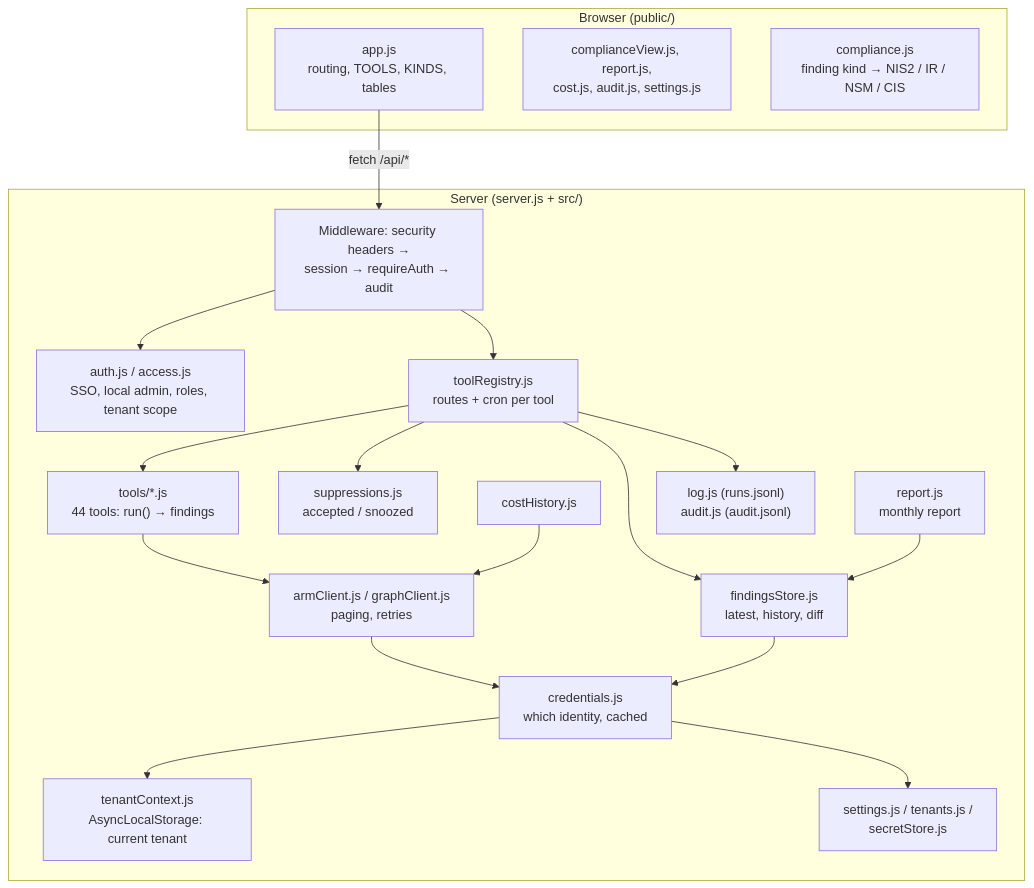
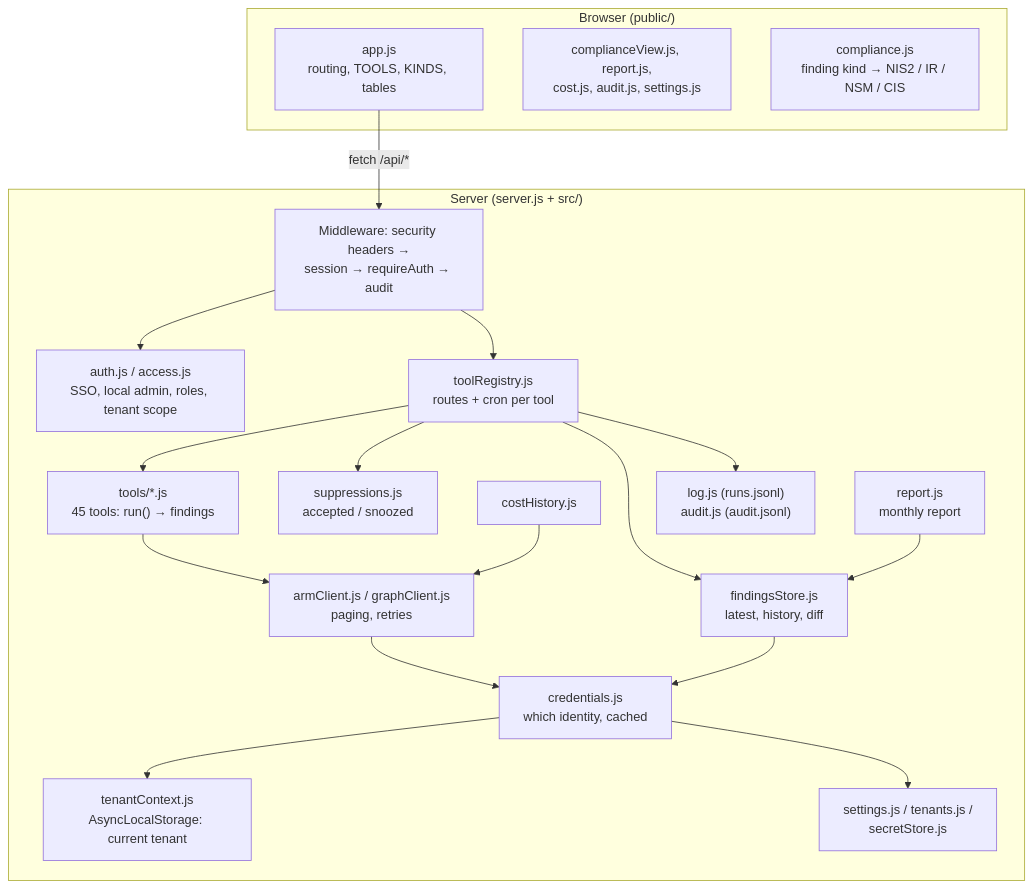
The diagram in docs/diagrams/arch-inside-app.mmd (Gooseankles/cirrus-watch), drawn with Mermaid before and after one commit. The commit also changed 31 other files, not shown here.

```diff
--- a/docs/diagrams/arch-inside-app.mmd
+++ b/docs/diagrams/arch-inside-app.mmd
@@ -1,35 +1,35 @@
 flowchart TB
   subgraph browser["Browser (public/)"]
     appjs["app.js<br/>routing, TOOLS, KINDS, tables"]
     views["complianceView.js, report.js,<br/>cost.js, audit.js, settings.js"]
     comp["compliance.js<br/>finding kind → NIS2 / IR / NSM / CIS"]
   end
   subgraph server["Server (server.js + src/)"]
     mw["Middleware: security headers →<br/>session → requireAuth → audit"]
     auth["auth.js / access.js<br/>SSO, local admin, roles, tenant scope"]
     reg["toolRegistry.js<br/>routes + cron per tool"]
-    tools["tools/*.js<br/>44 tools: run() → findings"]
+    tools["tools/*.js<br/>45 tools: run() → findings"]
     clients["armClient.js / graphClient.js<br/>paging, retries"]
     cred["credentials.js<br/>which identity, cached"]
     ctx["tenantContext.js<br/>AsyncLocalStorage: current tenant"]
     store["findingsStore.js<br/>latest, history, diff"]
     supp["suppressions.js<br/>accepted / snoozed"]
     cost["costHistory.js"]
     rep["report.js<br/>monthly report"]
     cfg["settings.js / tenants.js /<br/>secretStore.js"]
     logs["log.js (runs.jsonl)<br/>audit.js (audit.jsonl)"]
   end
   appjs -- "fetch /api/*" --> mw
   mw --> auth
   mw --> reg
   reg --> tools
   tools --> clients
   clients --> cred
   cred --> ctx
   cred --> cfg
   reg --> store
   reg --> supp
   reg --> logs
   rep --> store
   cost --> clients
   store --> cred
```
